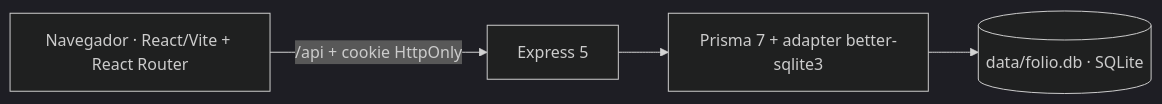
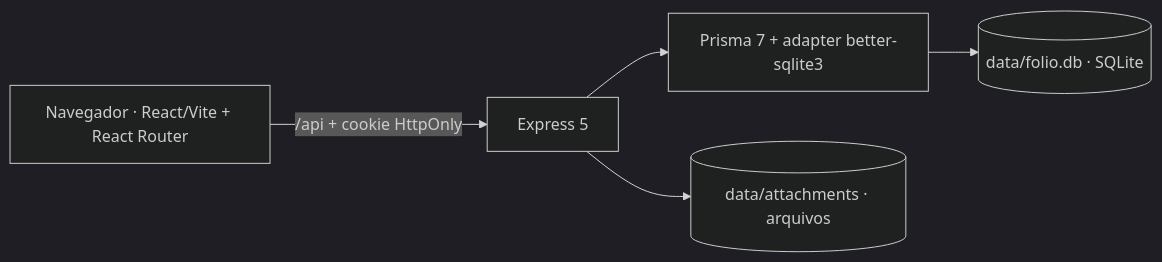
One commit to TersanPlay/solid-memory changed the diagram in README.md. Above: the diagram before and after it, drawn with Mermaid (dark theme). The commit also changed other lines of this file and 18 other files, not shown here.

````diff
--- a/README.md
+++ b/README.md
@@ -26,6 +26,7 @@
 ```mermaid
 flowchart LR
     B["Navegador · React/Vite + React Router"] -->|"/api + cookie HttpOnly"| E["Express 5"]
     E --> P["Prisma 7 + adapter better-sqlite3"]
     P --> S[("data/folio.db · SQLite")]
+    E --> A[("data/attachments · arquivos")]
 ```
````
